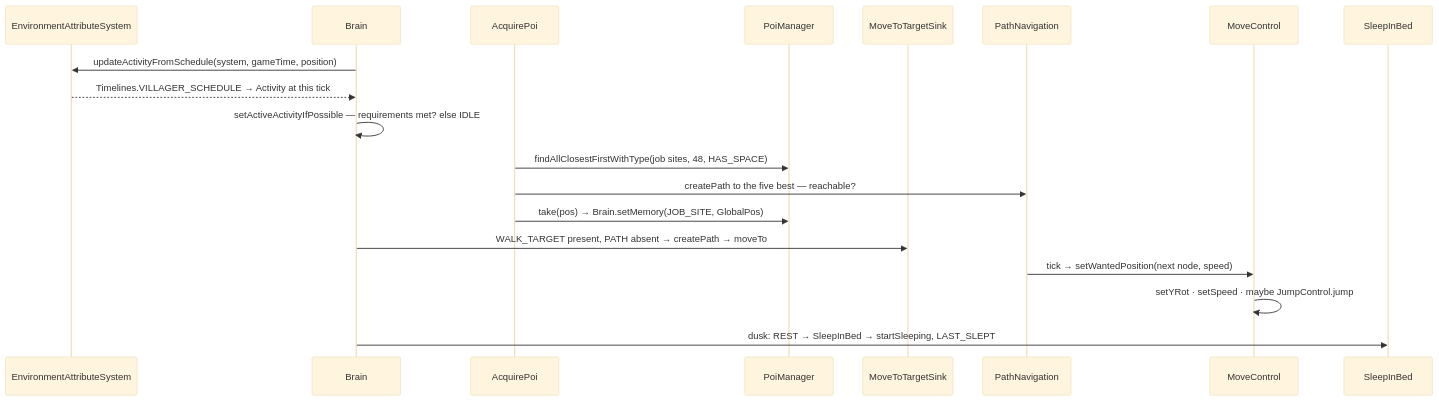
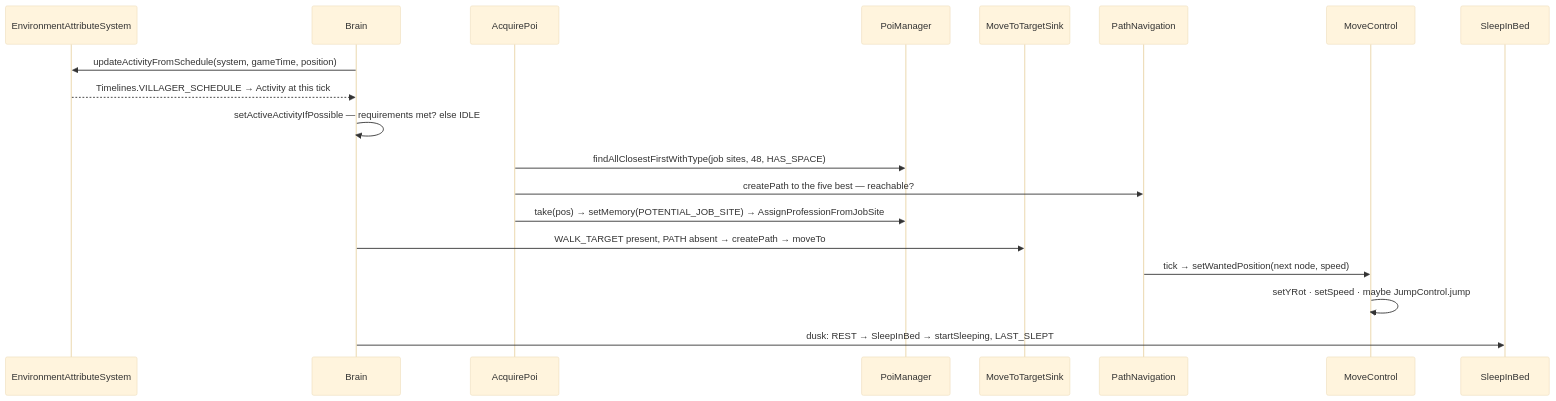
Before and after one commit to AlexanderjFraser/MinecraftDocs: the diagram in src/systems/entities/ai-goals-and-brains.md, drawn with Mermaid (base theme). The commit also changed other lines of this file and 11 other files, not shown here.

````diff
--- a/src/systems/entities/ai-goals-and-brains.md
+++ b/src/systems/entities/ai-goals-and-brains.md
@@ -167,22 +197,22 @@
 ```mermaid
 sequenceDiagram
     participant EA as EnvironmentAttributeSystem
     participant BR as Brain
     participant AP as AcquirePoi
     participant PM as PoiManager
     participant MT as MoveToTargetSink
     participant NAV as PathNavigation
     participant MC as MoveControl
     participant SB as SleepInBed
 
     BR->>EA: updateActivityFromSchedule(system, gameTime, position)
     EA-->>BR: Timelines.VILLAGER_SCHEDULE → Activity at this tick
     BR->>BR: setActiveActivityIfPossible — requirements met? else IDLE
     AP->>PM: findAllClosestFirstWithType(job sites, 48, HAS_SPACE)
     AP->>NAV: createPath to the five best — reachable?
-    AP->>PM: take(pos) → Brain.setMemory(JOB_SITE, GlobalPos)
+    AP->>PM: take(pos) → setMemory(POTENTIAL_JOB_SITE) → AssignProfessionFromJobSite
     BR->>MT: WALK_TARGET present, PATH absent → createPath → moveTo
     NAV->>MC: tick → setWantedPosition(next node, speed)
     MC->>MC: setYRot · setSpeed · maybe JumpControl.jump
     BR->>SB: dusk: REST → SleepInBed → startSleeping, LAST_SLEPT
 ```
````
